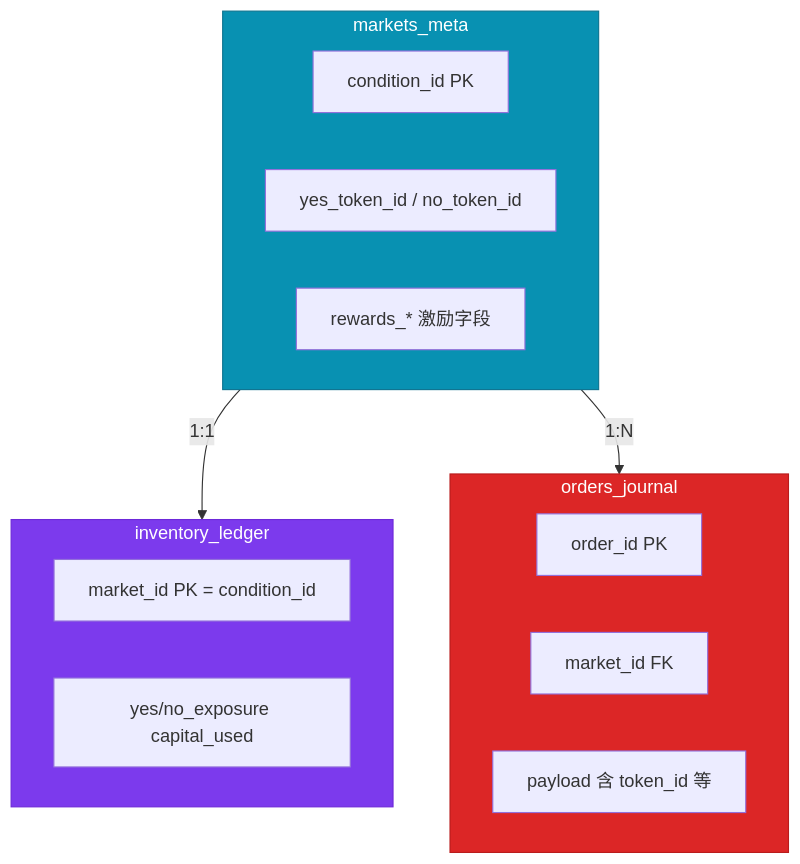
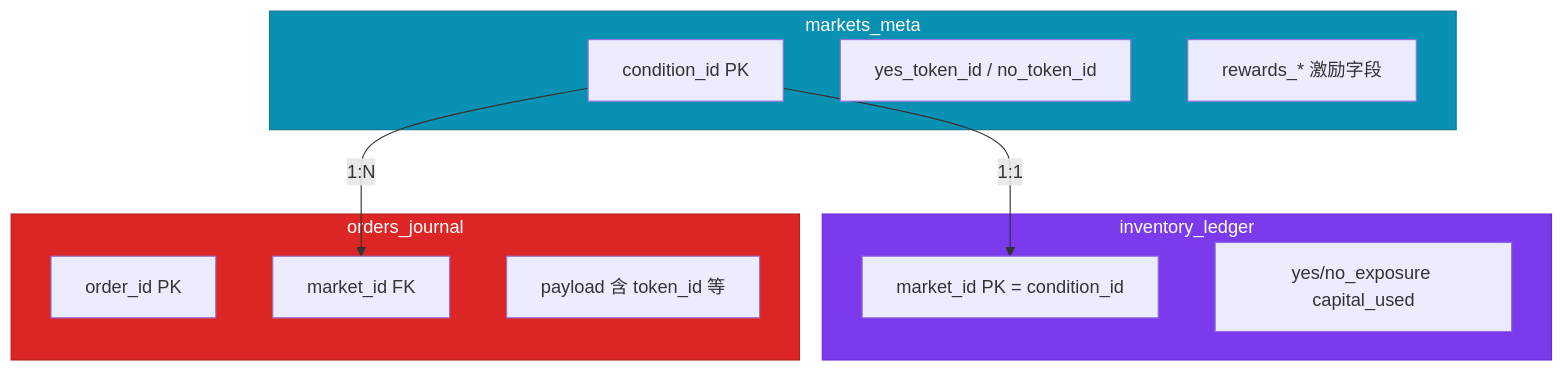
The second of 3 diagrams in spec/architecture_diagrams/11_database_erd.md (liu-kaining/PolyMatrixEngine), drawn with Mermaid before and after one commit. The commit also changed other lines of this file, not shown here.

````diff
--- a/spec/architecture_diagrams/11_database_erd.md
+++ b/spec/architecture_diagrams/11_database_erd.md
@@ -53,32 +53,32 @@
 ```mermaid
 %%{init: {'theme': 'base', 'themeVariables': {
   'primaryColor': '#1e3a5f',
   'primaryTextColor': '#ffffff',
   'primaryBorderColor': '#334155',
   'lineColor': '#64748b'
 }}%%
 flowchart TB
     subgraph MM["markets_meta"]
         M1["condition_id PK"]
         M2["yes_token_id / no_token_id"]
         M3["rewards_* 激励字段"]
     end
 
     subgraph IL["inventory_ledger"]
         I1["market_id PK = condition_id"]
         I2["yes/no_exposure capital_used"]
     end
 
     subgraph OJ["orders_journal"]
         O1["order_id PK"]
         O2["market_id FK"]
         O3["payload 含 token_id 等"]
     end
 
-    MM -->|"1:1"| IL
-    MM -->|"1:N"| OJ
+    M1 -->|"1:1"| I1
+    M1 -->|"1:N"| O2
 
     style MM fill:#0891b2,stroke:#0e7490,color:#fff
     style IL fill:#7c3aed,stroke:#6d28d9,color:#fff
     style OJ fill:#dc2626,stroke:#b91c1c,color:#fff
 ```
````
